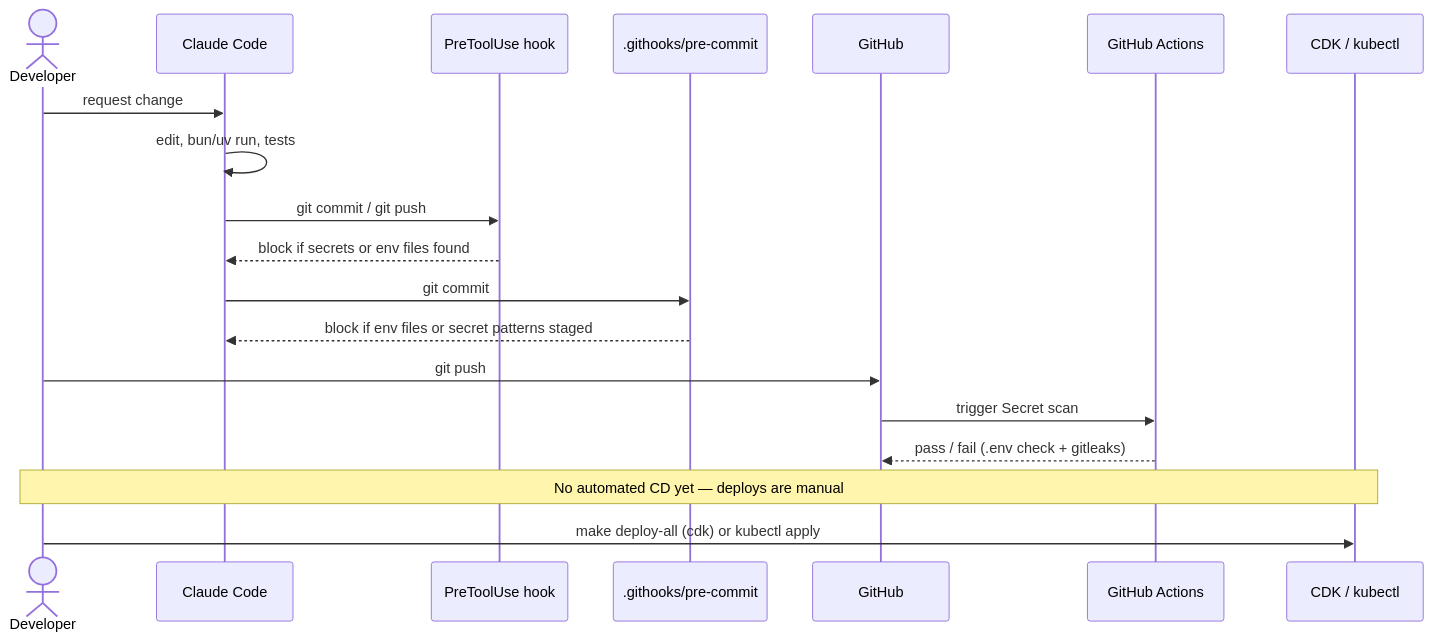
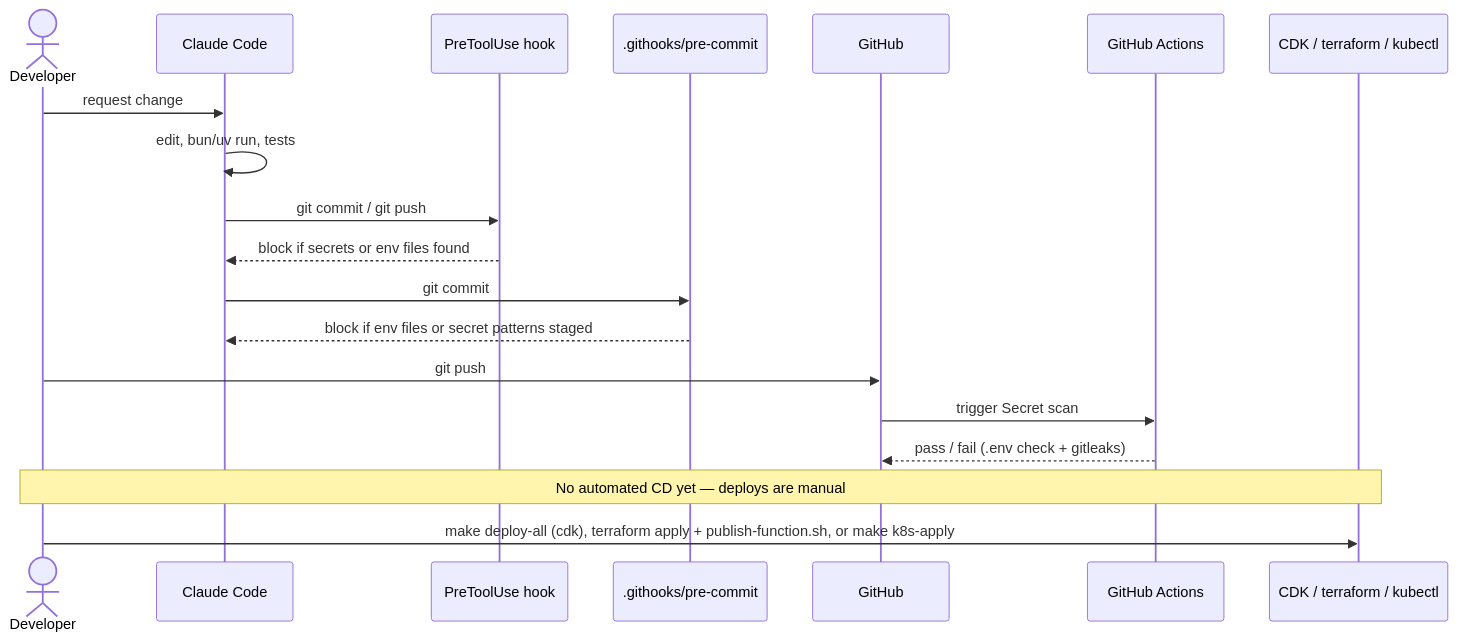
The second of 2 diagrams in spec/dev-environment-diagram.md (alexbcbr/stock-market-simulator), drawn with Mermaid before and after one commit. The commit also changed other lines of this file and 17 other files, not shown here.

````diff
--- a/spec/dev-environment-diagram.md
+++ b/spec/dev-environment-diagram.md
@@ -79,22 +88,22 @@
 ```mermaid
 sequenceDiagram
     actor D as Developer
     participant C as Claude Code
     participant H as PreToolUse hook
     participant P as .githooks/pre-commit
     participant G as GitHub
     participant A as GitHub Actions
-    participant X as CDK / kubectl
+    participant X as CDK / terraform / kubectl
 
     D->>C: request change
     C->>C: edit, bun/uv run, tests
     C->>H: git commit / git push
     H-->>C: block if secrets or env files found
     C->>P: git commit
     P-->>C: block if env files or secret patterns staged
     D->>G: git push
     G->>A: trigger Secret scan
     A-->>G: pass / fail (.env check + gitleaks)
     Note over D,X: No automated CD yet — deploys are manual
-    D->>X: make deploy-all (cdk) or kubectl apply
+    D->>X: make deploy-all (cdk), terraform apply + publish-function.sh, or make k8s-apply
 ```
````
